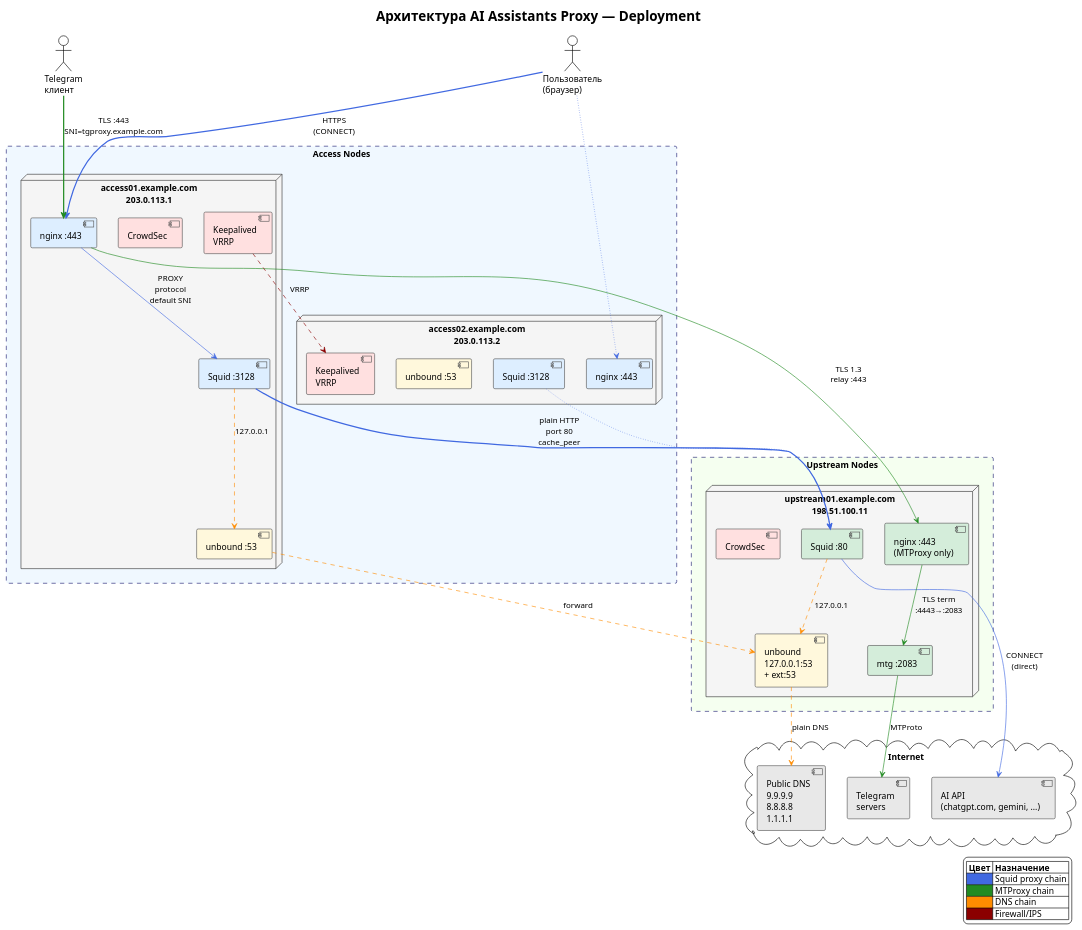
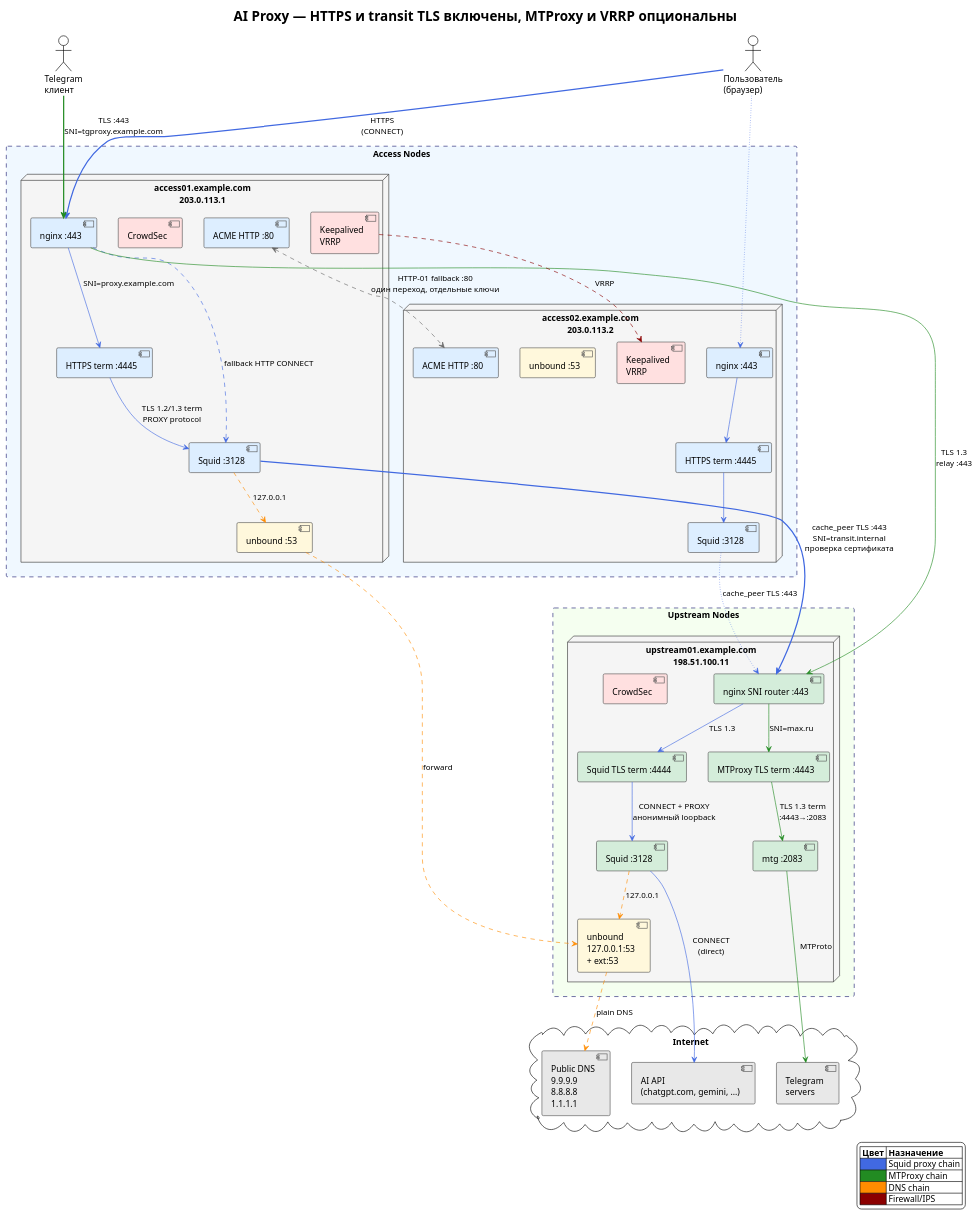
Before and after one commit to demofly/ai-proxy: the diagram in Servers/deploy/diagrams/README-deployment.puml, drawn with PlantUML. The commit also changed 22 other files, not shown here.

```diff
--- a/Servers/deploy/diagrams/README-deployment.puml
+++ b/Servers/deploy/diagrams/README-deployment.puml
@@ -1,93 +1,107 @@
 @startuml
 !theme plain
 top to bottom direction
-title Архитектура AI Assistants Proxy — Deployment
+title AI Proxy — HTTPS и transit TLS включены, MTProxy и VRRP опциональны
 
 skinparam node {
     BackgroundColor #F5F5F5
     BorderColor #333333
 }
 skinparam component {
     BackgroundColor #E8E8E8
     BorderColor #555555
 }
 skinparam rectangle {
     BorderColor #191970
     BorderStyle dashed
 }
 skinparam arrow {
     Color #333333
 }
 
 ' Легенда
 legend right
   |= Цвет |= Назначение |
   | <#4169E1> | Squid proxy chain |
   | <#228B22> | MTProxy chain |
   | <#FF8C00> | DNS chain |
   | <#8B0000> | Firewall/IPS |
 endlegend
 
 cloud "Internet" as inet {
     [AI API\n(chatgpt.com, gemini, ...)] as aiapi
     [Telegram\nservers] as tgsrv
     [Public DNS\n9.9.9.9\n8.8.8.8\n1.1.1.1] as pubdns
 }
 
 actor "Пользователь\n(браузер)" as user
 actor "Telegram\nклиент" as tguser
 
 rectangle "Access Nodes" as access_zone #F0F8FF {
     node "access01.example.com\n203.0.113.1" as access01 {
         component "nginx :443" as acc_nginx #DDEEFF {
         }
+        component "HTTPS term :4445" as acc_https #DDEEFF
+        component "ACME HTTP :80" as acc_acme #DDEEFF
         component "Squid :3128" as acc_squid #DDEEFF
         component "unbound :53" as acc_dns #FFF8DC
         component "Keepalived\nVRRP" as acc_ka #FFE0E0
         component "CrowdSec" as acc_cs #FFE0E0
     }
 
     node "access02.example.com\n203.0.113.2" as access02 {
         component "nginx :443" as acc2_nginx #DDEEFF
+        component "HTTPS term :4445" as acc2_https #DDEEFF
+        component "ACME HTTP :80" as acc2_acme #DDEEFF
         component "Squid :3128" as acc2_squid #DDEEFF
         component "unbound :53" as acc2_dns #FFF8DC
         component "Keepalived\nVRRP" as acc2_ka #FFE0E0
     }
 }
 
 rectangle "Upstream Nodes" as upstream_zone #F5FFF0 {
     node "upstream01.example.com\n198.51.100.11" as upstream01 {
-        component "nginx :443\n(MTProxy only)" as up_nginx #D4EDDA
-        component "Squid :80" as up_squid #D4EDDA
+        component "nginx SNI router :443" as up_nginx #D4EDDA
+        component "Squid TLS term :4444" as up_tls #D4EDDA
+        component "MTProxy TLS term :4443" as up_mt_tls #D4EDDA
+        component "Squid :3128" as up_squid #D4EDDA
         component "mtg :2083" as up_mtg #D4EDDA
         component "unbound\n127.0.0.1:53\n+ ext:53" as up_dns #FFF8DC
         component "CrowdSec" as up_cs #FFE0E0
     }
 }
 
 ' === Squid proxy chain (blue) ===
 user -[#4169E1,bold]-> acc_nginx : HTTPS\n(CONNECT)
-acc_nginx -[#4169E1]-> acc_squid : PROXY\nprotocol\ndefault SNI
-acc_squid -[#4169E1,bold]-> up_squid : plain HTTP\nport 80\ncache_peer
+acc_nginx -[#4169E1]-> acc_https : SNI=proxy.example.com
+acc_https -[#4169E1]-> acc_squid : TLS 1.2/1.3 term\nPROXY protocol
+acc_nginx -[#4169E1,dashed]-> acc_squid : fallback HTTP CONNECT
+acc_squid -[#4169E1,bold]-> up_nginx : cache_peer TLS :443\nSNI=transit.internal\nпроверка сертификата
+up_nginx -[#4169E1]-> up_tls : TLS 1.3
+up_tls -[#4169E1]-> up_squid : CONNECT + PROXY\nанонимный loopback
 up_squid -[#4169E1]-> aiapi : CONNECT\n(direct)
 
 ' === MTProxy chain (green) ===
 tguser -[#228B22,bold]-> acc_nginx : TLS :443\nSNI=tgproxy.example.com
 acc_nginx -[#228B22]-> up_nginx : TLS 1.3\nrelay :443
-up_nginx -[#228B22]-> up_mtg : TLS term\n:4443→:2083
+up_nginx -[#228B22]-> up_mt_tls : SNI=max.ru
+up_mt_tls -[#228B22]-> up_mtg : TLS 1.3 term\n:4443→:2083
 up_mtg -[#228B22]-> tgsrv : MTProto
 
 ' === DNS chain (orange) ===
 acc_squid -[#FF8C00,dashed]-> acc_dns : 127.0.0.1
 acc_dns -[#FF8C00,dashed]-> up_dns : forward
 up_squid -[#FF8C00,dashed]-> up_dns : 127.0.0.1
 up_dns -[#FF8C00,dashed]-> pubdns : plain DNS
 
 ' === Second access node (simplified) ===
 user -[#4169E1,dotted]-> acc2_nginx
-acc2_squid -[#4169E1,dotted]-> up_squid
+acc2_nginx -[#4169E1]-> acc2_https
+acc2_https -[#4169E1]-> acc2_squid
+acc2_squid -[#4169E1,dotted]-> up_nginx : cache_peer TLS :443
+acc_acme <.[#666666].> acc2_acme : HTTP-01 fallback :80\nодин переход, отдельные ключи
 
 ' Keepalived
 acc_ka .[#8B0000].> acc2_ka : VRRP
 
 @enduml
```
